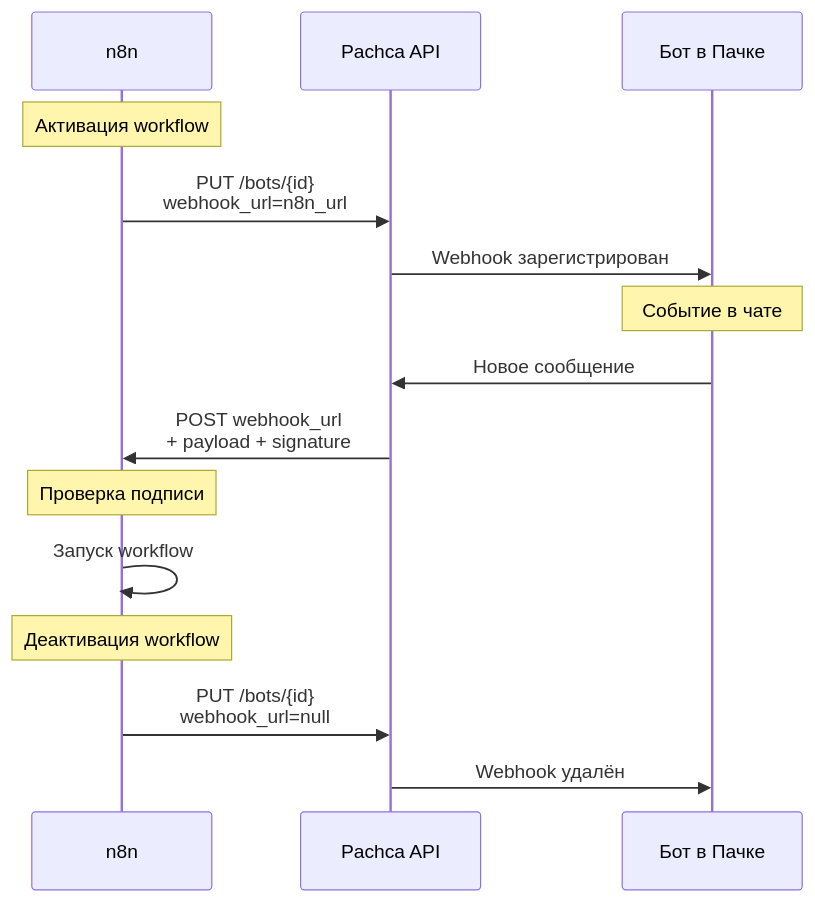
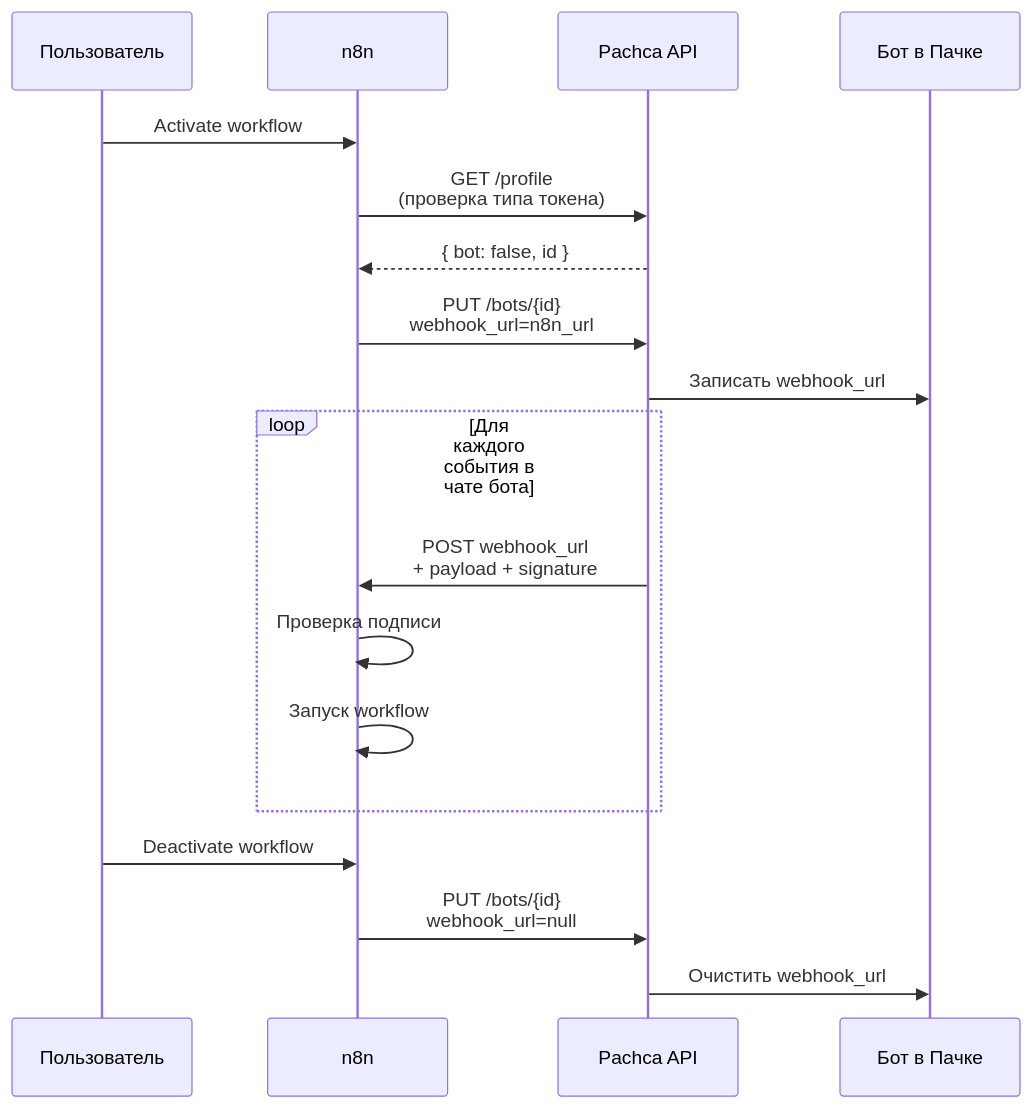
One commit to pachca/openapi changed the diagram in apps/docs/public/guides/n8n/trigger.md. Above: the diagram before and after it, drawn with Mermaid. The commit also changed other lines of this file and 48 other files, not shown here.

````diff
--- a/apps/docs/public/guides/n8n/trigger.md
+++ b/apps/docs/public/guides/n8n/trigger.md
@@ -91,20 +164,23 @@
 ```mermaid
 sequenceDiagram
+    participant User as Пользователь
     participant n8n
     participant Pachca as Pachca API
     participant Bot as Бот в Пачке
 
-    Note over n8n: Активация workflow
+    User->>n8n: Activate workflow
+    n8n->>Pachca: GET /profile<br/>(проверка типа токена)
+    Pachca-->>n8n: { bot: false, id }
     n8n->>Pachca: PUT /bots/{id}<br/>webhook_url=n8n_url
-    Pachca->>Bot: Webhook зарегистрирован
+    Pachca->>Bot: Записать webhook_url
 
-    Note over Bot: Событие в чате
-    Bot->>Pachca: Новое сообщение
-    Pachca->>n8n: POST webhook_url<br/>+ payload + signature
-    Note over n8n: Проверка подписи
-    n8n->>n8n: Запуск workflow
+    loop Для каждого события в чате бота
+        Pachca->>n8n: POST webhook_url<br/>+ payload + signature
+        n8n->>n8n: Проверка подписи
+        n8n->>n8n: Запуск workflow
+    end
 
-    Note over n8n: Деактивация workflow
+    User->>n8n: Deactivate workflow
     n8n->>Pachca: PUT /bots/{id}<br/>webhook_url=null
-    Pachca->>Bot: Webhook удалён
+    Pachca->>Bot: Очистить webhook_url
 ```
````
